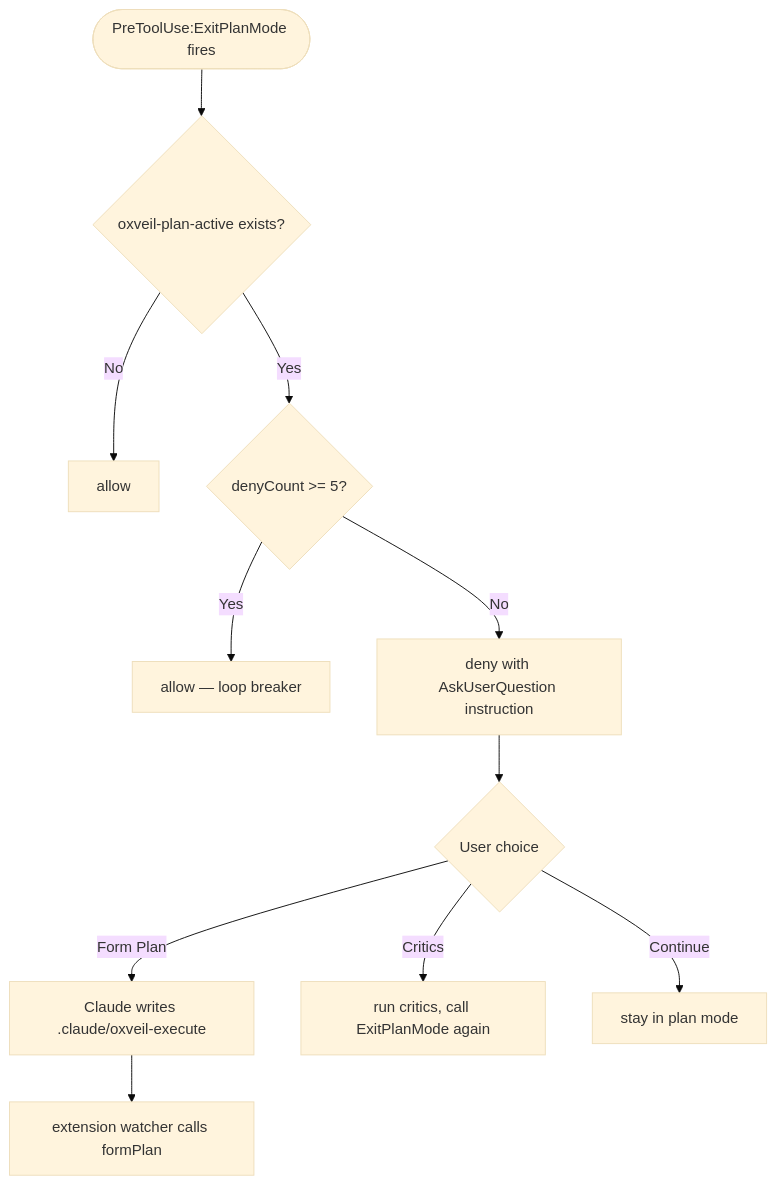
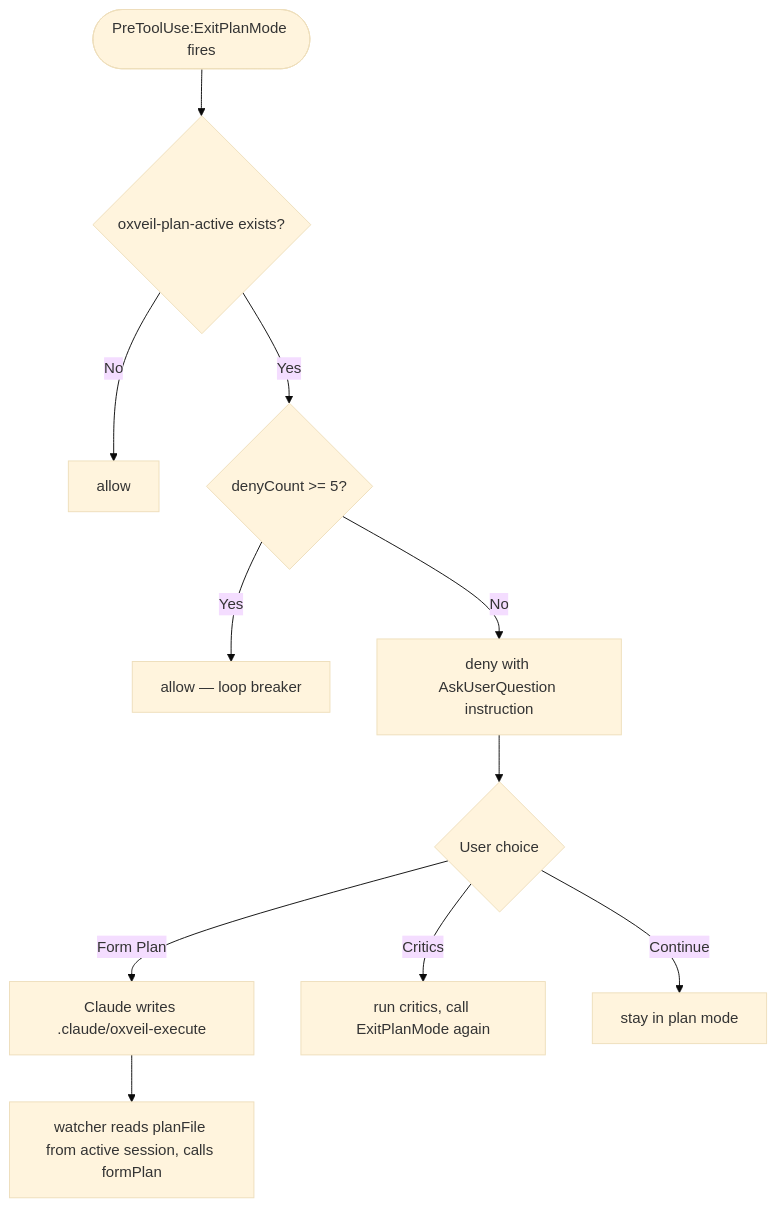
One commit to chmc/oxveil changed the seventh of 7 diagrams in docs/workflow/states.md. Above: the diagram before and after it, drawn with Mermaid (base theme). The commit also changed other lines of this file and 4 other files, not shown here.

First line of the commit message:
fix: pass session planFileOverride to formPlan via watcher callback

````diff
--- a/docs/workflow/states.md
+++ b/docs/workflow/states.md
@@ -678,13 +678,13 @@
 ```mermaid
 flowchart TD
     Hook([PreToolUse:ExitPlanMode fires]) --> M1{oxveil-plan-active exists?}
     M1 -- No --> Allow1[allow]
     M1 -- Yes --> D1{denyCount >= 5?}
     D1 -- Yes --> Allow2[allow — loop breaker]
     D1 -- No --> Deny[deny with AskUserQuestion instruction]
     Deny --> User{User choice}
     User -- Form Plan --> Trigger[Claude writes .claude/oxveil-execute]
     User -- Critics --> Critics[run critics, call ExitPlanMode again]
     User -- Continue --> Continue[stay in plan mode]
-    Trigger --> Watcher[extension watcher calls formPlan]
+    Trigger --> Watcher[watcher reads planFile from active session, calls formPlan]
 ```
````
